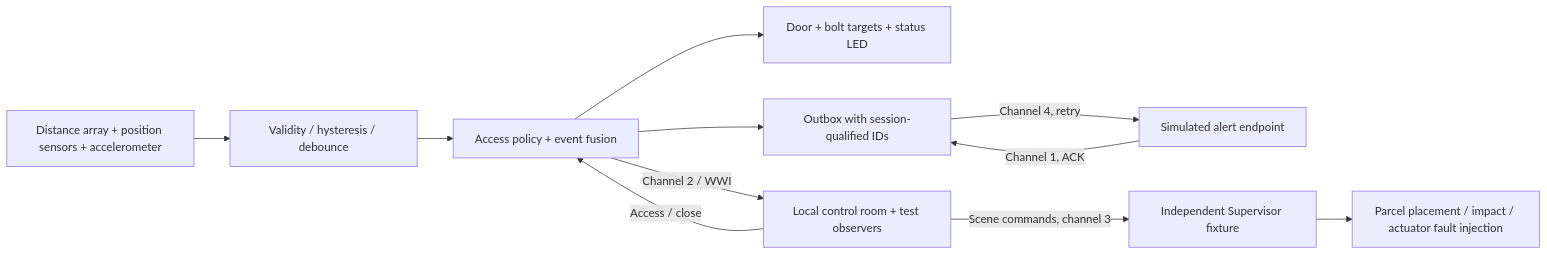
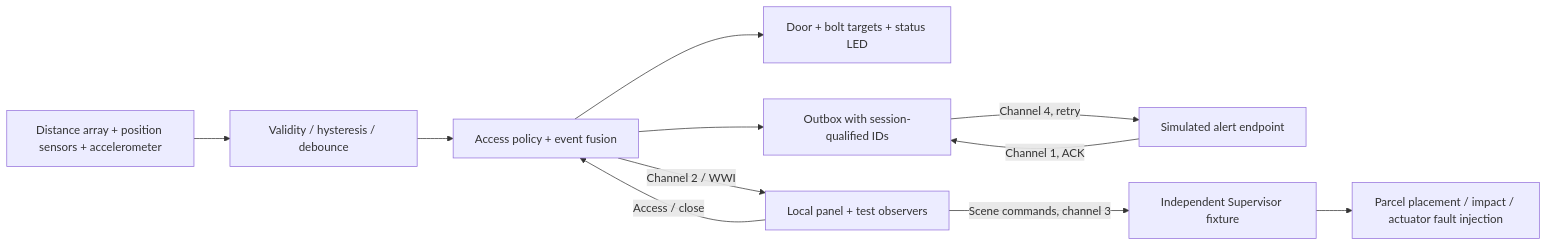
The first of 2 diagrams in DESIGN.md (joejimenez-lab/parcel-guard-webots), drawn with Mermaid before and after one commit. The commit also changed other lines of this file and 87 other files, not shown here.

````diff
--- a/DESIGN.md
+++ b/DESIGN.md
@@ -5,13 +5,13 @@
 ```mermaid
 flowchart LR
     A[Distance array + position sensors + accelerometer] --> B[Validity / hysteresis / debounce]
     B --> C[Access policy + event fusion]
     C --> D[Door + bolt targets + status LED]
     C --> E[Outbox with session-qualified IDs]
     E -->|Channel 4, retry| F[Simulated alert endpoint]
     F -->|Channel 1, ACK| E
-    C -->|Channel 2 / WWI| G[Local control room + test observers]
+    C -->|Channel 2 / WWI| G[Local panel + test observers]
     G -->|Access / close| C
     G -->|Scene commands, channel 3| H[Independent Supervisor fixture]
     H --> I[Parcel placement / impact / actuator fault injection]
 ```
````
